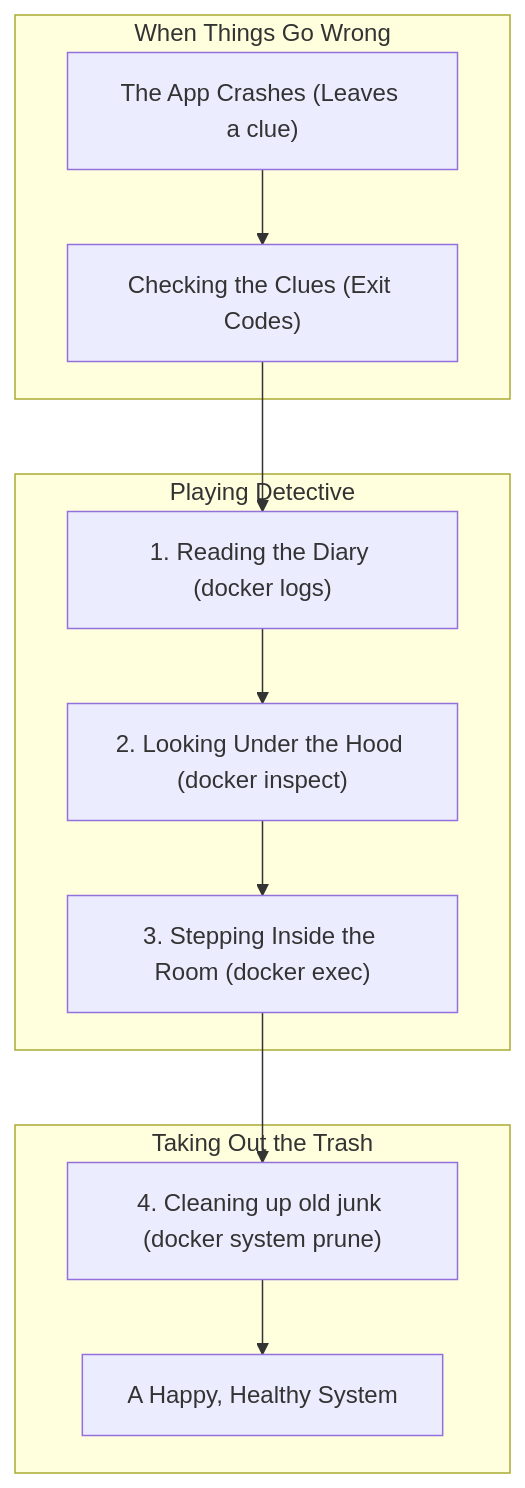
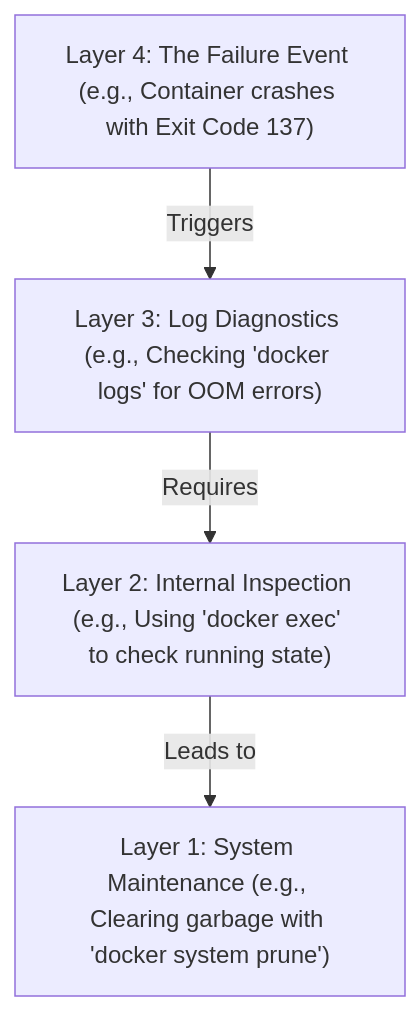
The diagram in website/pages/modules/module-06/lesson-05.md (aloysiuspattath/platform-engineering-ai-course), drawn with Mermaid before and after one commit. The commit also changed 56 other files, not shown here.

Commit message:
refactor: simplify architecture diagrams into single-line layered models

````diff
--- a/website/pages/modules/module-06/lesson-05.md
+++ b/website/pages/modules/module-06/lesson-05.md
@@ -102,17 +102,6 @@
 ```mermaid
 flowchart TD
-    subgraph CrashingContainer [When Things Go Wrong]
-        CRASH["The App Crashes (Leaves a clue)"] --> CODE["Checking the Clues (Exit Codes)"]
-    end
-
-    subgraph DiagnosticWorkflow [Playing Detective]
-        CODE --> LOGS["1. Reading the Diary (docker logs)"]
-        LOGS --> INSPECT["2. Looking Under the Hood (docker inspect)"]
-        INSPECT --> EXEC["3. Stepping Inside the Room (docker exec)"]
-    end
-
-    subgraph EngineOptimization [Taking Out the Trash]
-        EXEC --> PRUNE["4. Cleaning up old junk (docker system prune)"]
-        PRUNE --> STABLE["A Happy, Healthy System"]
-    end
+    L4["Layer 4: The Failure Event (e.g., Container crashes with Exit Code 137)"] -->|Triggers| L3["Layer 3: Log Diagnostics (e.g., Checking 'docker logs' for OOM errors)"]
+    L3 -->|Requires| L2["Layer 2: Internal Inspection (e.g., Using 'docker exec' to check running state)"]
+    L2 -->|Leads to| L1["Layer 1: System Maintenance (e.g., Clearing garbage with 'docker system prune')"]
 ```
````
